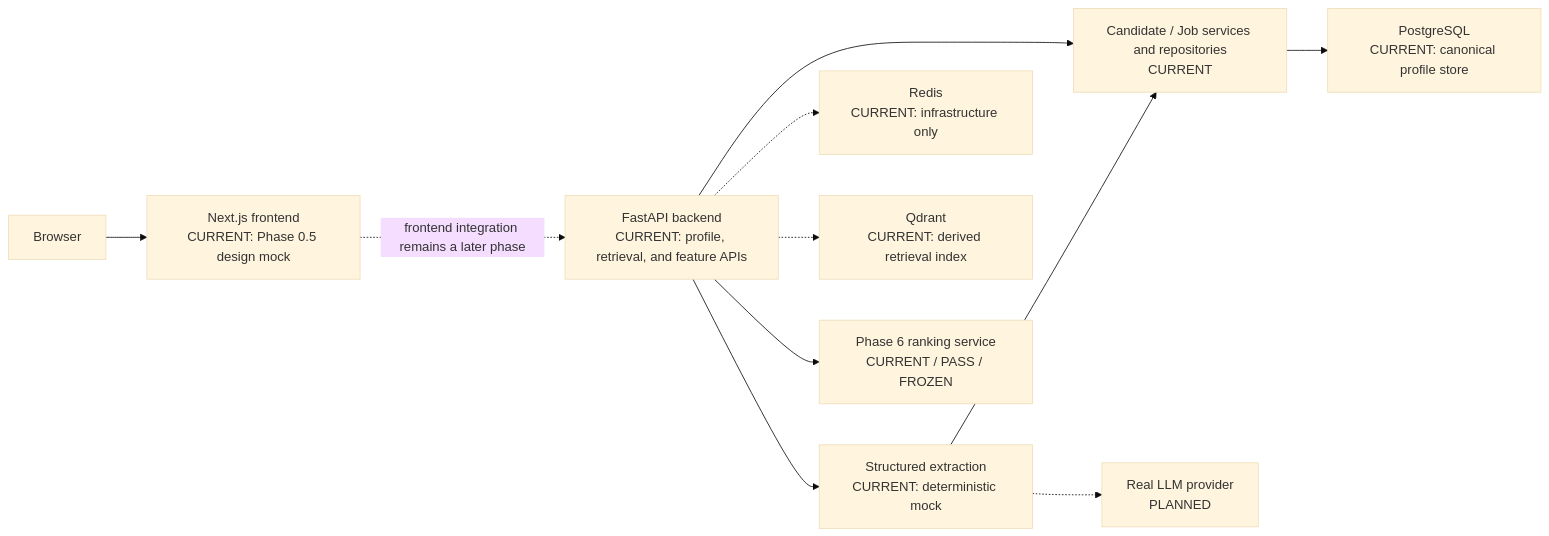
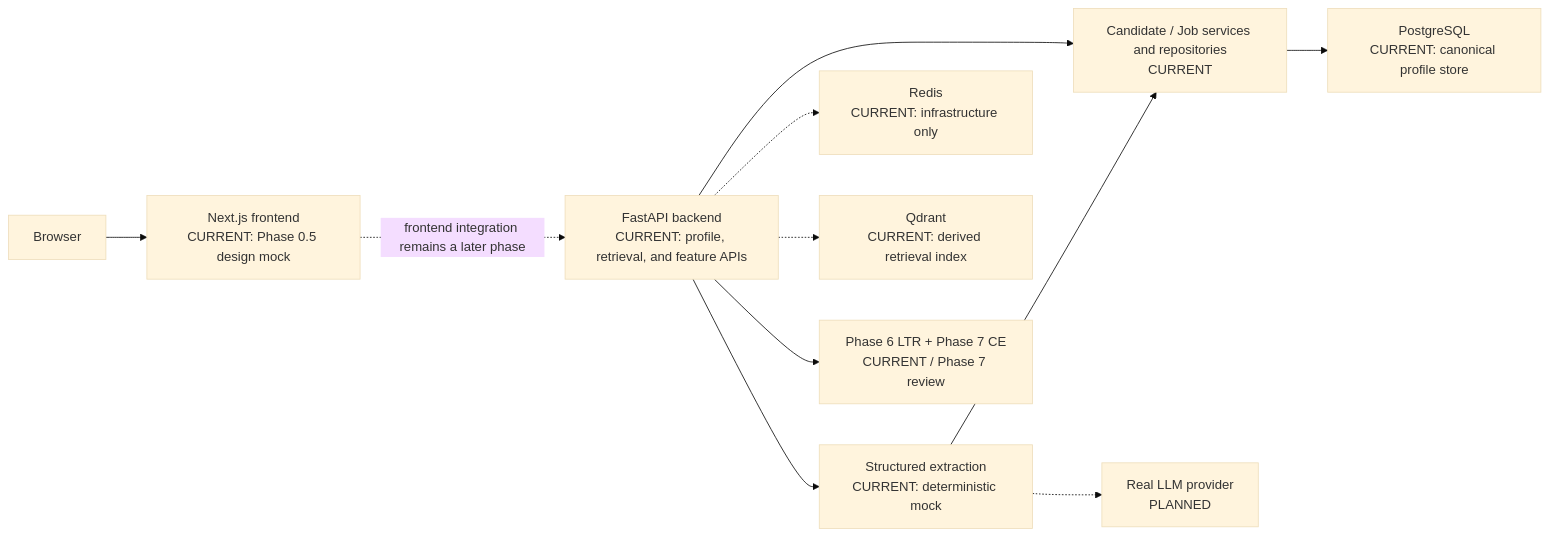
One commit to rM0on/peoplematch-agent changed the second of 2 diagrams in README.md. Above: the diagram before and after it, drawn with Mermaid (base theme). The commit also changed other lines of this file and 36 other files, not shown here.

````diff
--- a/README.md
+++ b/README.md
@@ -59,13 +59,13 @@
 ```mermaid
 flowchart LR
     Browser["Browser"] --> Web["Next.js frontend\nCURRENT: Phase 0.5 design mock"]
     Web -. "frontend integration remains a later phase" .-> API["FastAPI backend\nCURRENT: profile, retrieval, and feature APIs"]
     API --> Extract["Structured extraction\nCURRENT: deterministic mock"]
     Extract --> Domain["Candidate / Job services and repositories\nCURRENT"]
     API --> Domain
     Domain --> PG["PostgreSQL\nCURRENT: canonical profile store"]
     API -.-> Redis["Redis\nCURRENT: infrastructure only"]
     API -.-> Qdrant["Qdrant\nCURRENT: derived retrieval index"]
-    API --> Matching["Phase 6 ranking service\nCURRENT / PASS / FROZEN"]
+    API --> Matching["Phase 6 LTR + Phase 7 CE\nCURRENT / Phase 7 review"]
     Extract -.-> AI["Real LLM provider\nPLANNED"]
 ```
````
